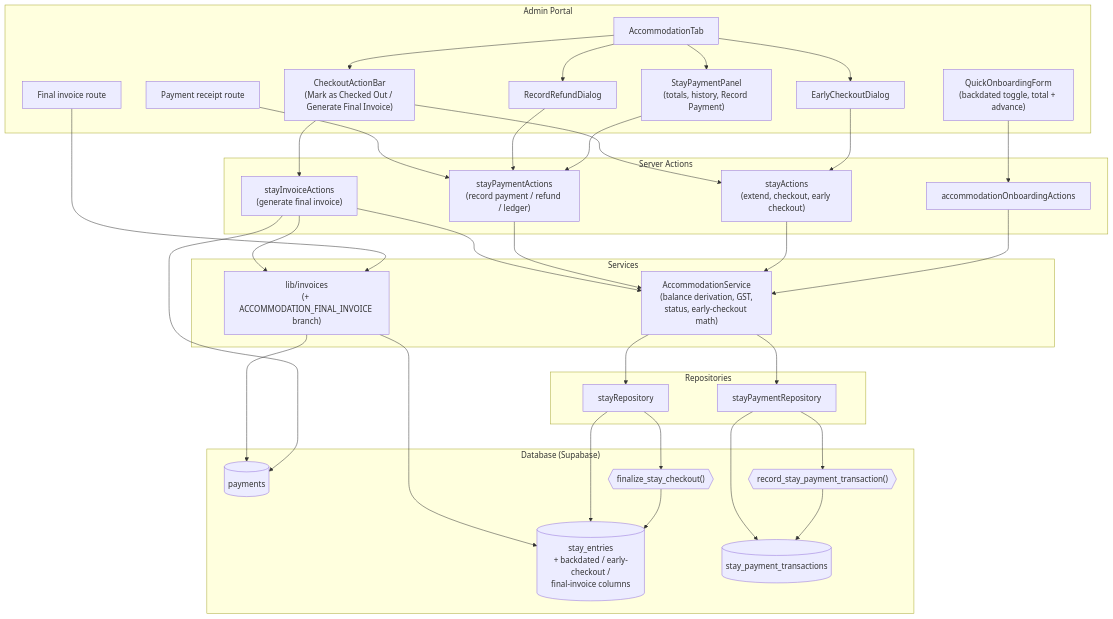
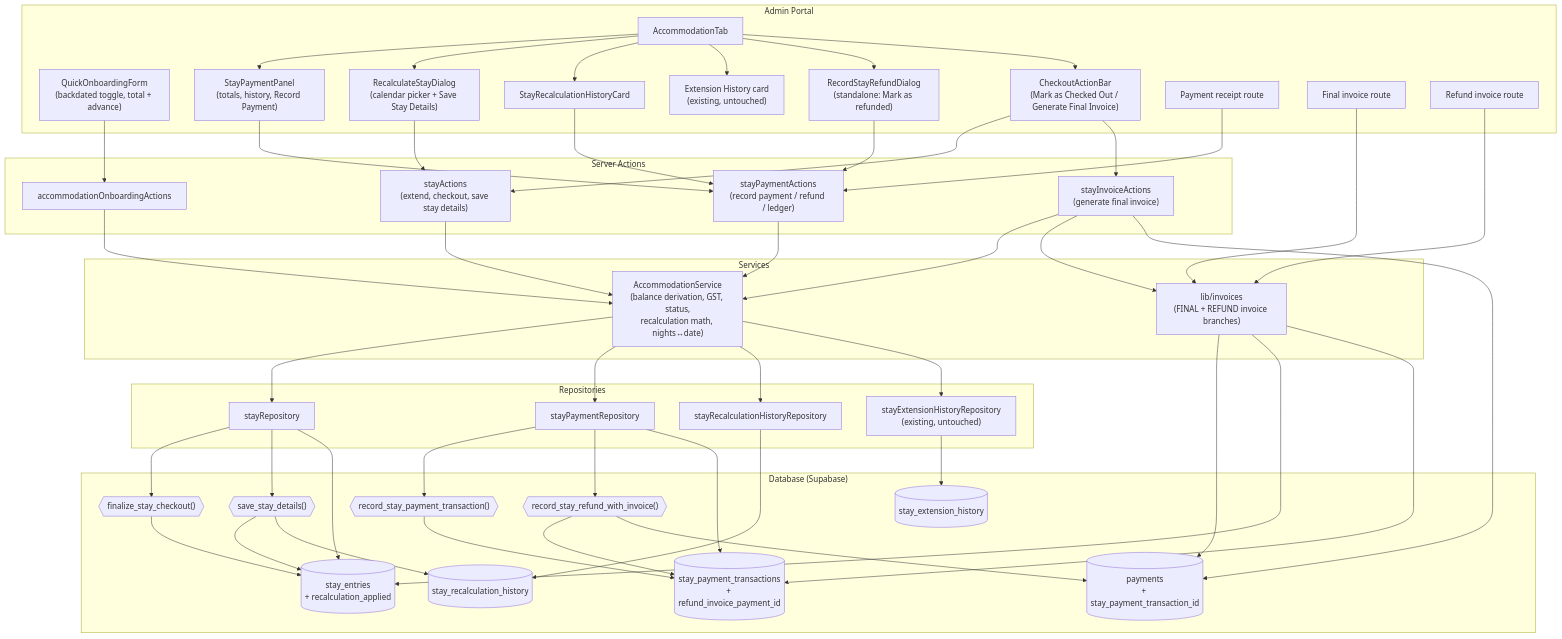
The first of 5 diagrams in .kiro/specs/accommodation-payment-lifecycle/design.md (RaviBuilds/arogyadiet-dashboards), drawn with Mermaid before and after one commit. The commit also changed other lines of this file and 98 other files, not shown here.

````diff
--- a/.kiro/specs/accommodation-payment-lifecycle/design.md
+++ b/.kiro/specs/accommodation-payment-lifecycle/design.md
@@ -41,60 +92,75 @@
 ```mermaid
 graph TB
     subgraph "Admin Portal"
         QOF["QuickOnboardingForm<br/>(backdated toggle, total + advance)"]
         ATab["AccommodationTab"]
         SPP["StayPaymentPanel<br/>(totals, history, Record Payment)"]
-        ECD["EarlyCheckoutDialog"]
-        RRD["RecordRefundDialog"]
+        RSD["RecalculateStayDialog<br/>(calendar picker + Save Stay Details)"]
+        RHC["StayRecalculationHistoryCard"]
+        EHC["Extension History card<br/>(existing, untouched)"]
+        RRD["RecordStayRefundDialog<br/>(standalone: Mark as refunded)"]
         COB["CheckoutActionBar<br/>(Mark as Checked Out / Generate Final Invoice)"]
         RCPT["Payment receipt route"]
         INV["Final invoice route"]
+        RINV["Refund invoice route"]
     end
 
     subgraph "Server Actions"
         AOA["accommodationOnboardingActions"]
-        SA["stayActions<br/>(extend, checkout, early checkout)"]
+        SA["stayActions<br/>(extend, checkout, save stay details)"]
         SPA["stayPaymentActions<br/>(record payment / refund / ledger)"]
         SIA["stayInvoiceActions<br/>(generate final invoice)"]
     end
 
     subgraph "Services"
-        AS["AccommodationService<br/>(balance derivation, GST,<br/>status, early-checkout math)"]
-        INVLIB["lib/invoices<br/>(+ ACCOMMODATION_FINAL_INVOICE branch)"]
+        AS["AccommodationService<br/>(balance derivation, GST, status,<br/>recalculation math, nights↔date)"]
+        INVLIB["lib/invoices<br/>(FINAL + REFUND invoice branches)"]
     end
 
     subgraph "Repositories"
         SR["stayRepository"]
         SPR["stayPaymentRepository"]
+        SRH["stayRecalculationHistoryRepository"]
+        SEH["stayExtensionHistoryRepository<br/>(existing, untouched)"]
     end
 
     subgraph "Database (Supabase)"
-        SE[("stay_entries<br/>+ backdated / early-checkout /<br/>final-invoice columns")]
-        SPT[("stay_payment_transactions")]
-        PMT[("payments")]
+        SE[("stay_entries<br/>+ recalculation_applied")]
+        SPT[("stay_payment_transactions<br/>+ refund_invoice_payment_id")]
+        SRHT[("stay_recalculation_history")]
+        SEHT[("stay_extension_history")]
+        PMT[("payments<br/>+ stay_payment_transaction_id")]
         RPC1{{"record_stay_payment_transaction()"}}
         RPC2{{"finalize_stay_checkout()"}}
+        RPC3{{"save_stay_details()"}}
+        RPC4{{"record_stay_refund_with_invoice()"}}
     end
 
     QOF --> AOA
-    ATab --> SPP & ECD & RRD & COB
+    ATab --> SPP & RSD & RHC & EHC & RRD & COB
     SPP --> SPA
     RRD --> SPA
-    ECD --> SA
+    RSD --> SA
+    RHC --> SPA
     COB --> SA & SIA
     RCPT --> SPA
     INV --> INVLIB
+    RINV --> INVLIB
 
     AOA --> AS
     SA --> AS
     SPA --> AS
     SIA --> AS & INVLIB
 
-    AS --> SR & SPR
+    AS --> SR & SPR & SRH & SEH
     SPR --> RPC1 --> SPT
+    SPR --> RPC4 --> SPT & PMT
     SR --> RPC2 --> SE
+    SR --> RPC3 --> SE & SRHT
+    SEH --> SEHT
+    SRH --> SRHT
     SIA --> PMT
     SR --> SE
     SPR --> SPT
-    INVLIB --> PMT & SE
+    INVLIB --> PMT & SE & SPT
 ```
````
